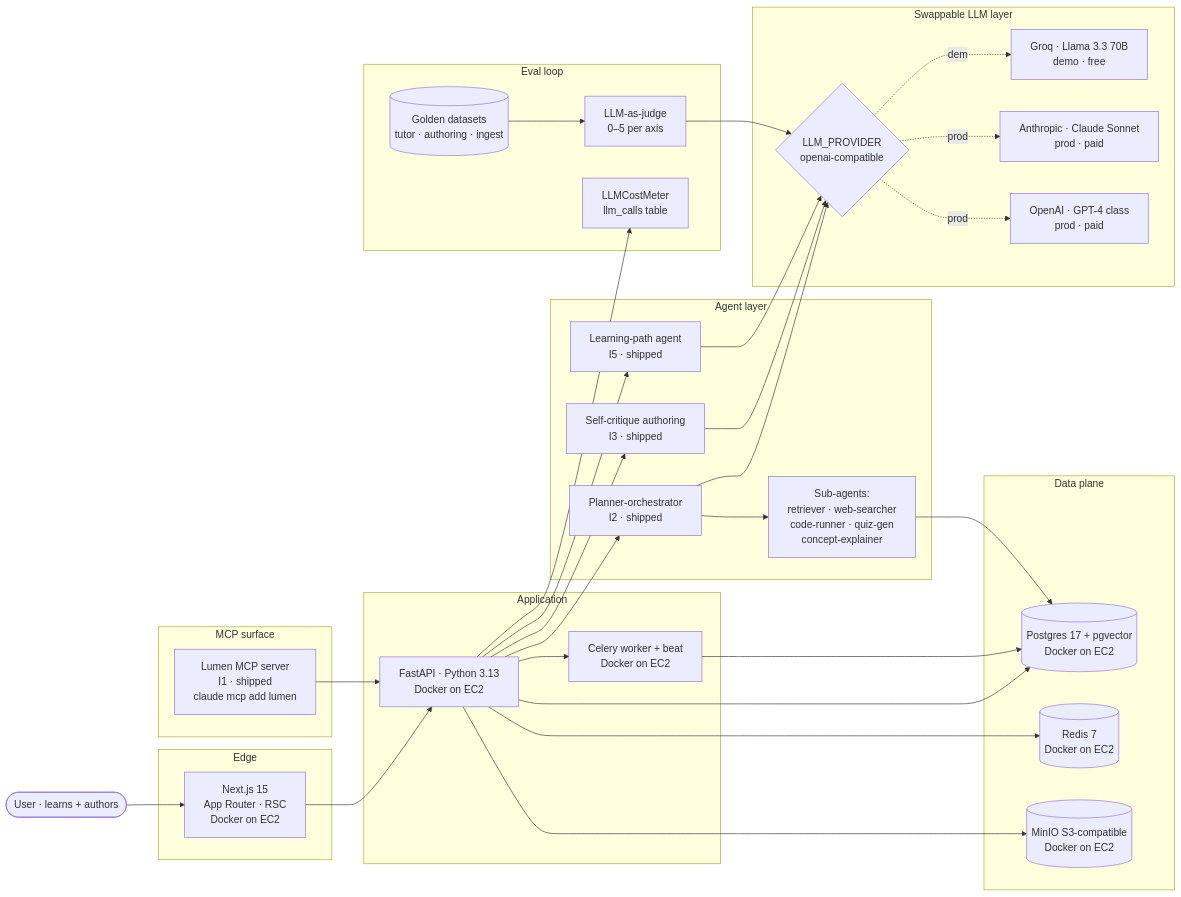
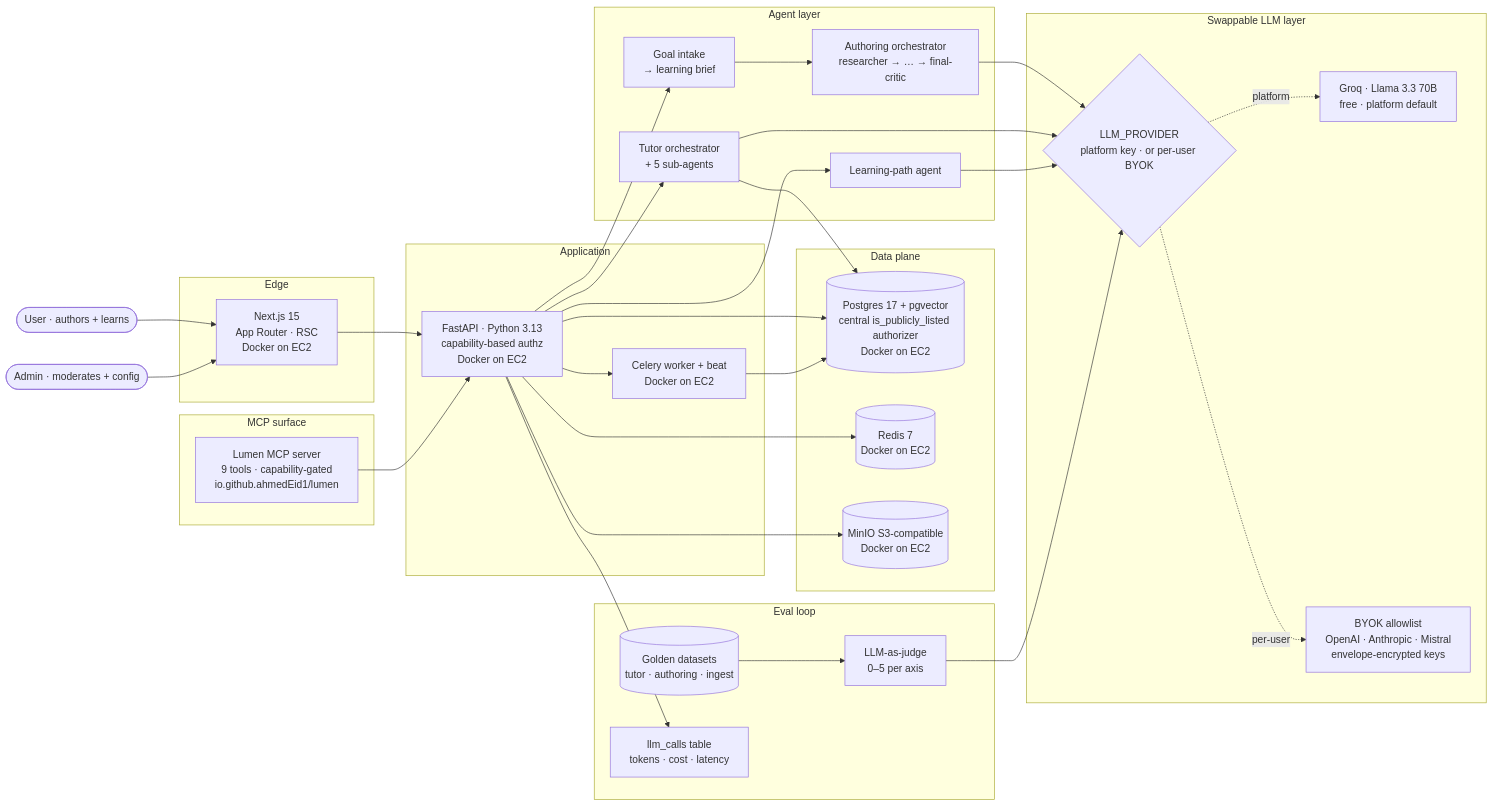
Before and after one commit to ahmedEid1/lumen: the diagram in README.md, drawn with Mermaid. The commit also changed other lines of this file, not shown here.

````diff
--- a/README.md
+++ b/README.md
@@ -54,66 +116,66 @@
 ```mermaid
 flowchart LR
-    user([User · learns + authors])
+    user([User · authors + learns])
+    admin([Admin · moderates + config])
 
     subgraph Edge[Edge]
       web[Next.js 15<br/>App Router · RSC<br/>Docker on EC2]
     end
 
     subgraph App[Application]
-      api[FastAPI · Python 3.13<br/>Docker on EC2]
+      api[FastAPI · Python 3.13<br/>capability-based authz<br/>Docker on EC2]
       worker[Celery worker + beat<br/>Docker on EC2]
     end
 
     subgraph Agents[Agent layer]
-      planner[Planner-orchestrator<br/>I2 · shipped]
-      subs[Sub-agents:<br/>retriever · web-searcher<br/>code-runner · quiz-gen<br/>concept-explainer]
-      authoring[Self-critique authoring<br/>I3 · shipped]
-      pathagent[Learning-path agent<br/>I5 · shipped]
+      define[Goal intake<br/>→ learning brief]
+      authoring[Authoring orchestrator<br/>researcher → … → final-critic]
+      tutor[Tutor orchestrator<br/>+ 5 sub-agents]
+      pathagent[Learning-path agent]
     end
 
     subgraph MCP[MCP surface]
-      mcp[Lumen MCP server<br/>I1 · shipped<br/>claude mcp add lumen]
+      mcp[Lumen MCP server<br/>9 tools · capability-gated<br/>io.github.ahmedEid1/lumen]
     end
 
     subgraph Data[Data plane]
-      pg[(Postgres 17 + pgvector<br/>Docker on EC2)]
+      pg[(Postgres 17 + pgvector<br/>central is_publicly_listed authorizer<br/>Docker on EC2)]
       redis[(Redis 7<br/>Docker on EC2)]
       s3[(MinIO S3-compatible<br/>Docker on EC2)]
     end
 
     subgraph LLM[Swappable LLM layer]
-      provider{LLM_PROVIDER<br/>openai-compatible}
-      groq[Groq · Llama 3.3 70B<br/>demo · free]
-      anthropic[Anthropic · Claude Sonnet<br/>prod · paid]
-      openai[OpenAI · GPT-4 class<br/>prod · paid]
+      provider{LLM_PROVIDER<br/>platform key · or per-user BYOK}
+      groq[Groq · Llama 3.3 70B<br/>free · platform default]
+      byok[BYOK allowlist<br/>OpenAI · Anthropic · Mistral<br/>envelope-encrypted keys]
     end
 
     subgraph Eval[Eval loop]
       golden[(Golden datasets<br/>tutor · authoring · ingest)]
       judge[LLM-as-judge<br/>0–5 per axis]
-      meter[LLMCostMeter<br/>llm_calls table]
+      meter[llm_calls table<br/>tokens · cost · latency]
     end
 
     user --> web
+    admin --> web
     web --> api
     api --> pg
     api --> redis
     api --> s3
     api --> worker
     worker --> pg
-    api --> planner
-    planner --> subs
-    subs --> pg
-    api --> authoring
+    api --> define
+    define --> authoring
+    api --> tutor
     api --> pathagent
+    tutor --> pg
     mcp --> api
-    planner --> provider
     authoring --> provider
+    tutor --> provider
     pathagent --> provider
-    provider -.demo.-> groq
-    provider -.prod.-> anthropic
-    provider -.prod.-> openai
+    provider -.platform.-> groq
+    provider -.per-user.-> byok
     api --> meter
     golden --> judge
     judge --> provider
 ```
````
